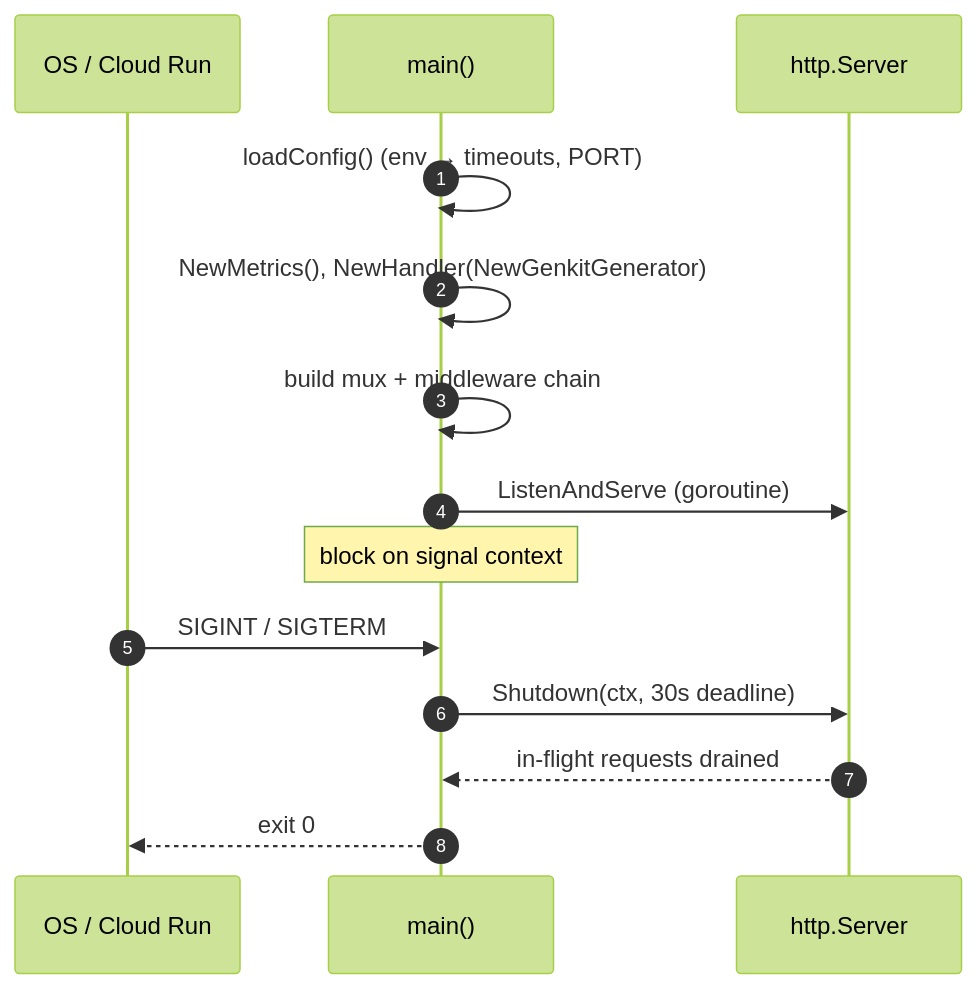
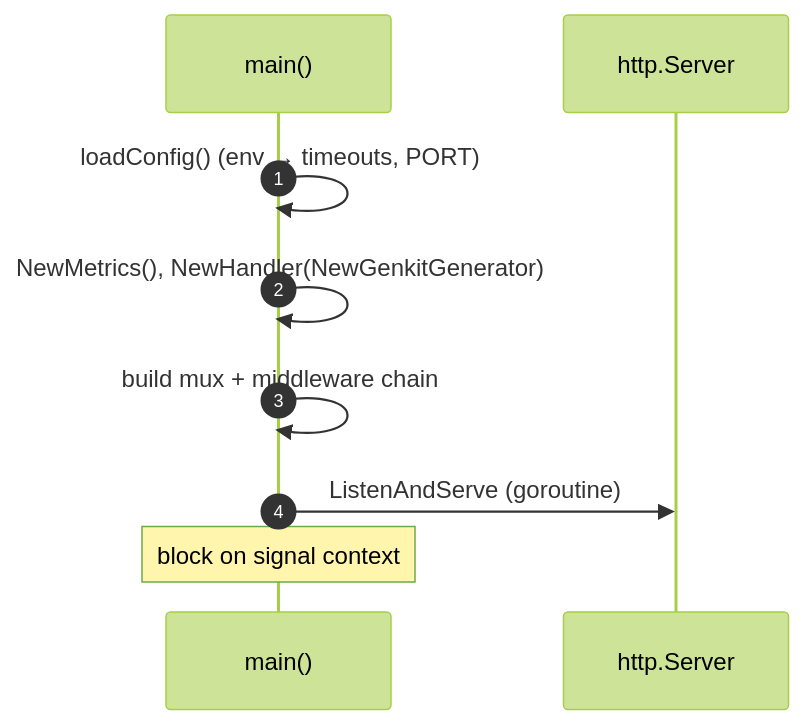
The ninth of 10 diagrams in docs/architecture.md (nicolapasqua99/genkit-proxy), drawn with Mermaid (forest theme) before and after one commit. The commit also changed other lines of this file, not shown here.

First line of the commit message:
docs: split architecture lifecycle diagrams by situation

````diff
--- a/docs/architecture.md
+++ b/docs/architecture.md
@@ -177,17 +249,12 @@
 ```mermaid
 sequenceDiagram
     autonumber
-    participant OS as OS / Cloud Run
     participant M as main()
     participant S as http.Server
 
     M->>M: loadConfig() (env → timeouts, PORT)
     M->>M: NewMetrics(), NewHandler(NewGenkitGenerator)
     M->>M: build mux + middleware chain
     M->>S: ListenAndServe (goroutine)
     Note over M: block on signal context
-    OS->>M: SIGINT / SIGTERM
-    M->>S: Shutdown(ctx, 30s deadline)
-    S-->>M: in-flight requests drained
-    M-->>OS: exit 0
 ```
````
